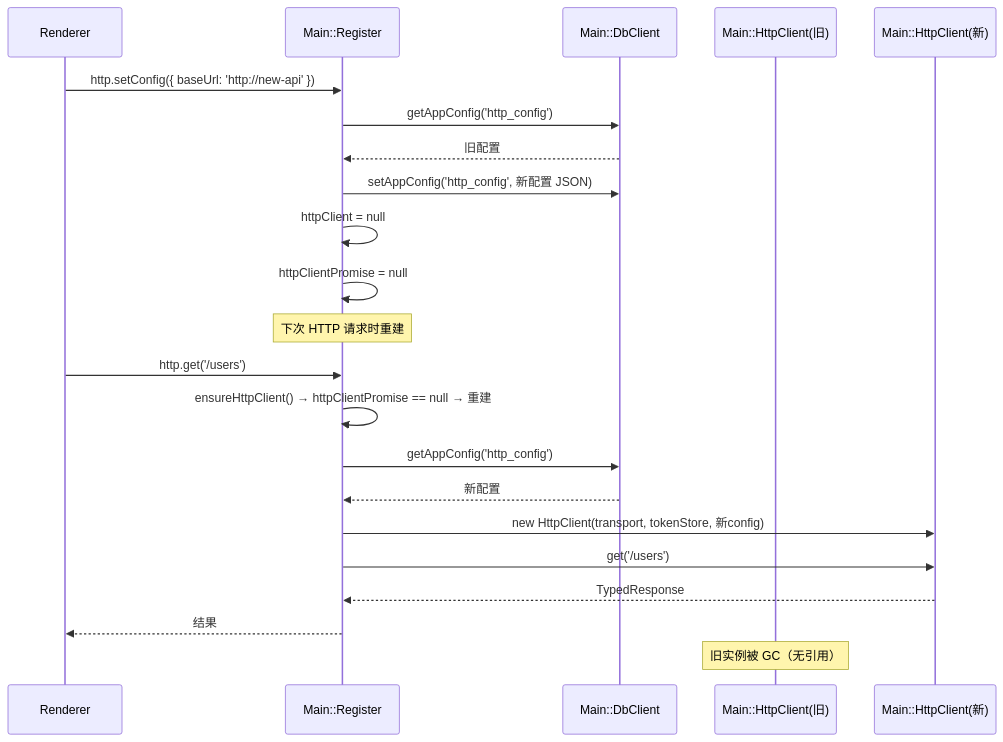
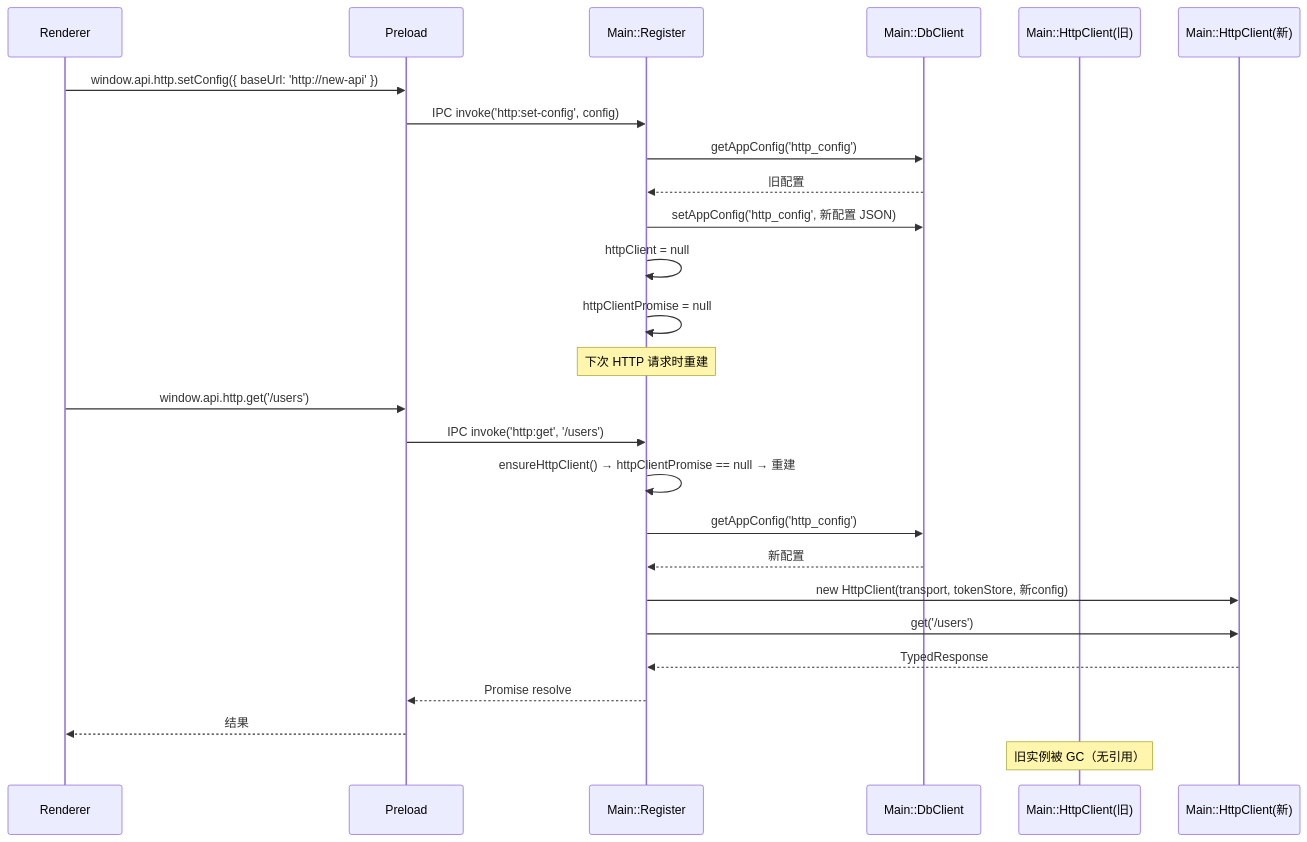
Before and after one commit to lupnfer/vue_with_csdk: diagram 13 of 13 in docs/architecture-diagrams.md, drawn with Mermaid. The commit also changed other lines of this file, not shown here.

First line of the commit message:
fix(docs): 所有时序图统一加 Preload 层

````diff
--- a/docs/architecture-diagrams.md
+++ b/docs/architecture-diagrams.md
@@ -607,27 +630,31 @@
 ```mermaid
 sequenceDiagram
     participant R as Renderer
+    participant P as Preload
     participant Reg as Main::Register
     participant DB as Main::DbClient
     participant HC as Main::HttpClient(旧)
     participant HC2 as Main::HttpClient(新)
 
-    R->>Reg: http.setConfig({ baseUrl: 'http://new-api' })
+    R->>P: window.api.http.setConfig({ baseUrl: 'http://new-api' })
+    P->>Reg: IPC invoke('http:set-config', config)
     Reg->>DB: getAppConfig('http_config')
     DB-->>Reg: 旧配置
     Reg->>DB: setAppConfig('http_config', 新配置 JSON)
     Reg->>Reg: httpClient = null
     Reg->>Reg: httpClientPromise = null
     Note over Reg: 下次 HTTP 请求时重建
 
-    R->>Reg: http.get('/users')
+    R->>P: window.api.http.get('/users')
+    P->>Reg: IPC invoke('http:get', '/users')
     Reg->>Reg: ensureHttpClient() → httpClientPromise == null → 重建
     Reg->>DB: getAppConfig('http_config')
     DB-->>Reg: 新配置
     Reg->>HC2: new HttpClient(transport, tokenStore, 新config)
     Reg->>HC2: get('/users')
     HC2-->>Reg: TypedResponse
-    Reg-->>R: 结果
+    Reg-->>P: Promise resolve
+    P-->>R: 结果
 
     Note over HC: 旧实例被 GC（无引用）
 ```
````
